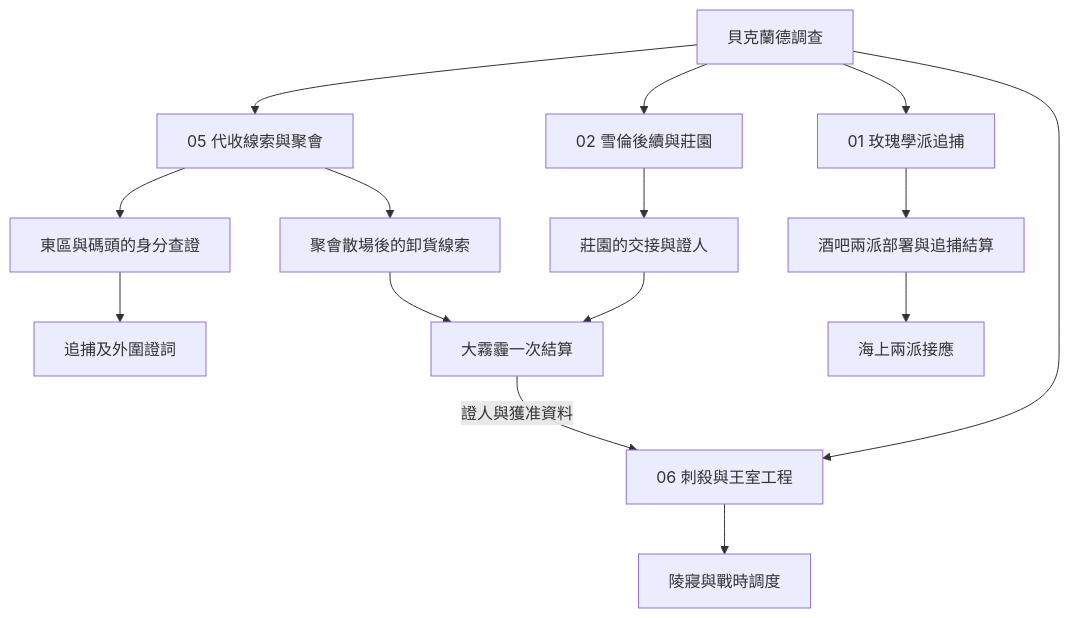
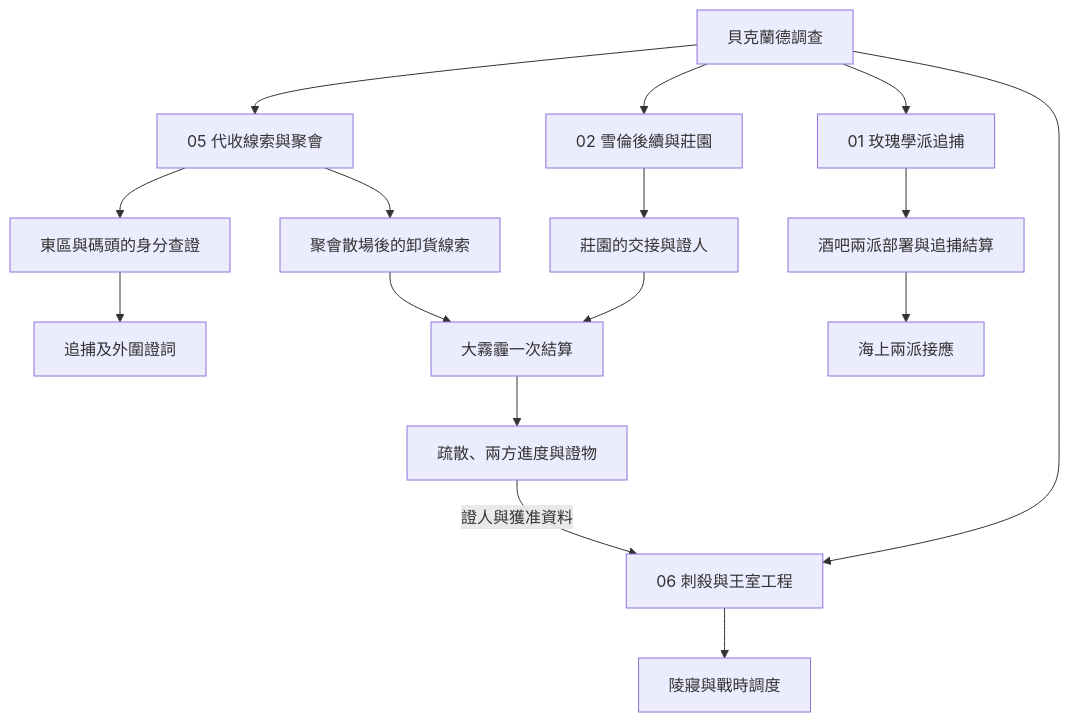
Before and after one commit to dragon961204-cmd/-: the third of 7 diagrams in game/events/part_one_story_tree.md, drawn with Mermaid. The commit also changed other lines of this file, not shown here.

Commit message:
Connect Great Smog outcomes to the Backlund story tree

````diff
--- a/game/events/part_one_story_tree.md
+++ b/game/events/part_one_story_tree.md
@@ -49,17 +49,18 @@
 ```mermaid
 flowchart TD
     A["貝克蘭德調查"] --> B["02 雪倫後續與莊園"]
     A --> C["05 代收線索與聚會"]
     A --> D["01 玫瑰學派追捕"]
     A --> E["06 刺殺與王室工程"]
     C --> I["東區與碼頭的身分查證"]
     I --> J["追捕及外圍證詞"]
     B --> L["莊園的交接與證人"]
     C --> M["聚會散場後的卸貨線索"]
     L --> F["大霧霾一次結算"]
     M --> F
-    F -->|"證人與獲准資料"| E
+    F --> P["疏散、兩方進度與證物"]
+    P -->|"證人與獲准資料"| E
     D --> K["酒吧兩派部署與追捕結算"]
     K --> G["海上兩派接應"]
     E --> H["陵寢與戰時調度"]
 ```
````
